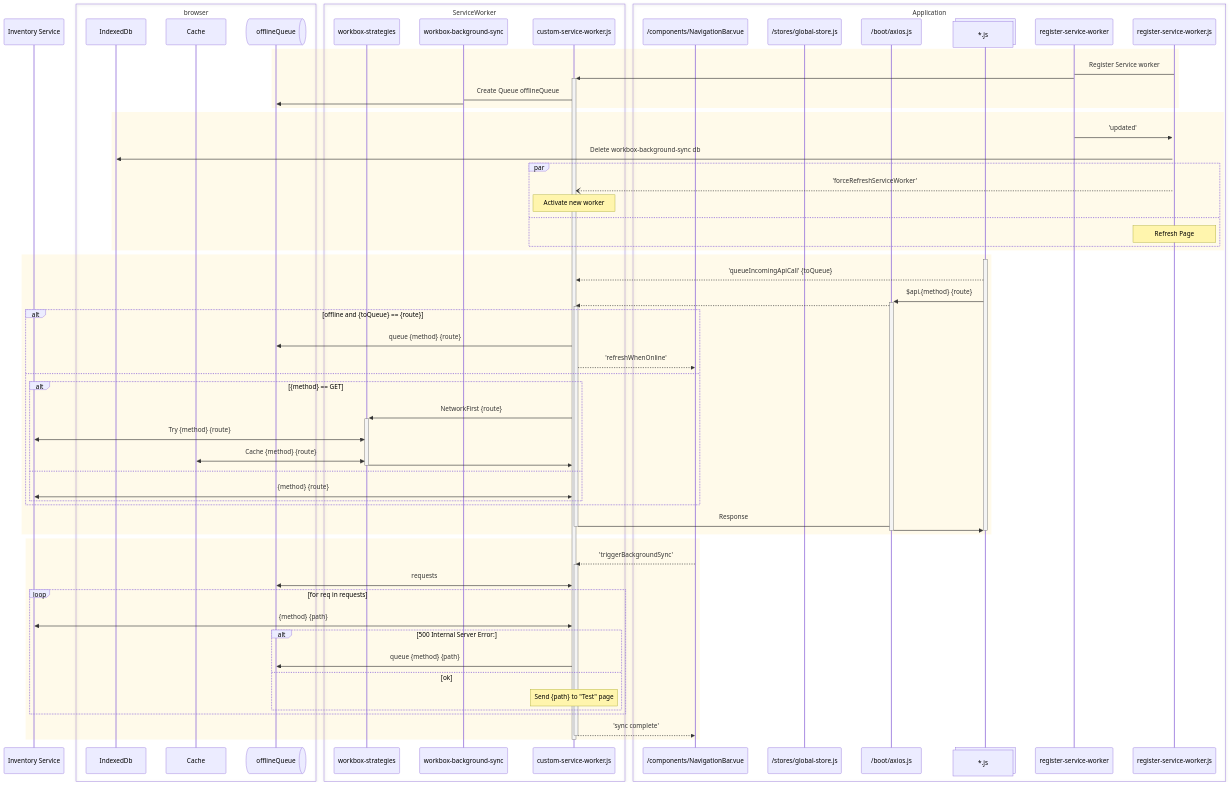
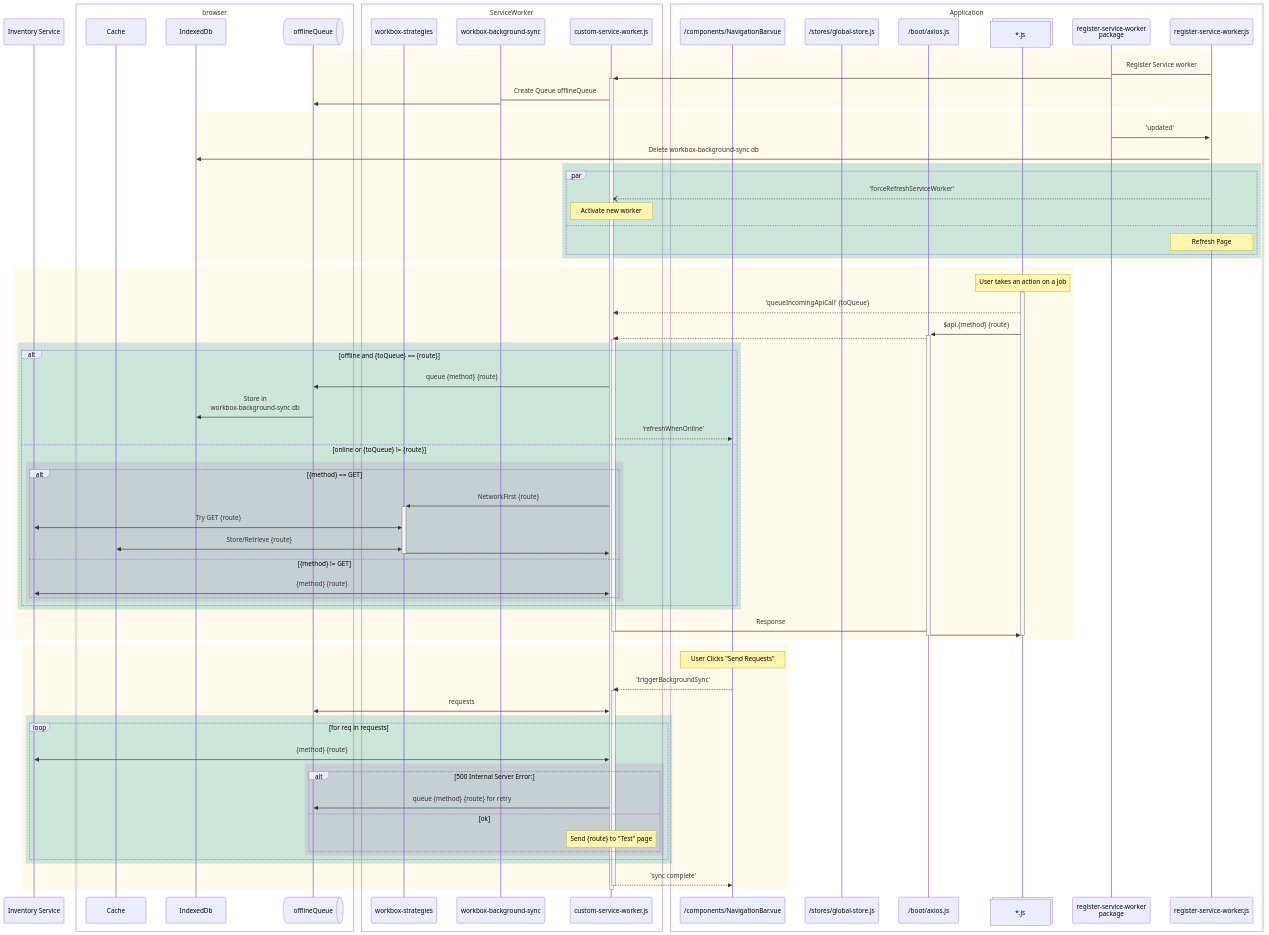
One commit to Five-Colleges-Incorporated/fetch-codereview changed the diagram in workflows/offline_sync.md. Above: the diagram before and after it, drawn with Mermaid. The commit also changed other lines of this file and 1 other file, not shown here.

Commit message:
Write-up and diagram out the offline refile bug

```diff
--- a/workflows/offline_sync.md
+++ b/workflows/offline_sync.md
@@ -39,8 +50,8 @@
 sequenceDiagram
 participant is as Inventory Service
 box browser
+    participant cache as Cache
     participant idb as IndexedDb
-    participant cache as Cache
     participant offlineQueue@{ "type" : "queue" }
 end
 box ServiceWorker
@@ -53,7 +64,7 @@
     participant gs as /stores/global-store.js
     participant ax as /boot/axios.js
     participant *.js@{ "type": "collections" }
-    participant rswlib as register-service-worker
+    participant rswlib as register-service-worker<br/>package
     participant rsw as register-service-worker.js
 end
 
@@ -68,31 +79,39 @@
 rect rgba(250, 200, 50, .1)
     rswlib->>+rsw: 'updated'
     rsw->>idb: Delete workbox-background-sync db
+    rect rgba(0, 150, 150, .2)
     par
         rsw--)csw: 'forceRefreshServiceWorker'
         note over csw: Activate new worker
     and
         note over rsw: Refresh Page 
     end
+    end
 end
 
 rect rgba(250, 200, 50, .1)
+    note over *.js: User takes an action on a Job
     activate *.js
     *.js-->>csw: 'queueIncomingApiCall' {toQueue}
     *.js->>+ax: $api.{method} {route}
     ax-->>+csw:
+    rect rgba(0, 150, 150, .2)
     alt offline and {toQueue} == {route}
         csw->>offlineQueue: queue {method} {route}
+        offlineQueue->>idb: Store in<br/>workbox-background-sync db
         csw-->>nav: 'refreshWhenOnline'
-    else
+    else online or {toQueue} != {route}
+        rect rgba(150, 0, 150, .1)
         alt {method} == GET
             csw->>+wbs: NetworkFirst {route}
-            wbs<<->>is: Try {method} {route}
-            wbs<<->>cache: Cache {method} {route}
+            wbs<<->>is: Try GET {route}
+            wbs<<->>cache: Store/Retrieve {route}
             wbs->>-csw:
-        else
+        else {method} != GET
             csw<<->>is: {method} {route}
         end
+        end
+    end
     end
     csw->-ax: Response
     ax->>-*.js:
@@ -100,15 +119,20 @@
 end
 
 rect rgba(250, 200, 50, .1)
+    note over nav: User Clicks "Send Requests"
     nav-->>+csw: 'triggerBackgroundSync'
     csw<<->>offlineQueue: requests
+    rect rgba(0, 150, 150, .2)
     loop for req in requests
-        csw<<->>is: {method} {path}
+        csw<<->>is: {method} {route}
+        rect rgba(150, 0, 150, .1)
         alt 500 Internal Server Error:
-            csw->>offlineQueue: queue {method} {path}
+            csw->>offlineQueue: queue {method} {route} for retry
         else ok
-            note over csw: Send {path} to "Test" page
+            note over csw: Send {route} to "Test" page
         end
+        end
+    end
     end
     csw-->>-nav: 'sync complete'
 end
```
